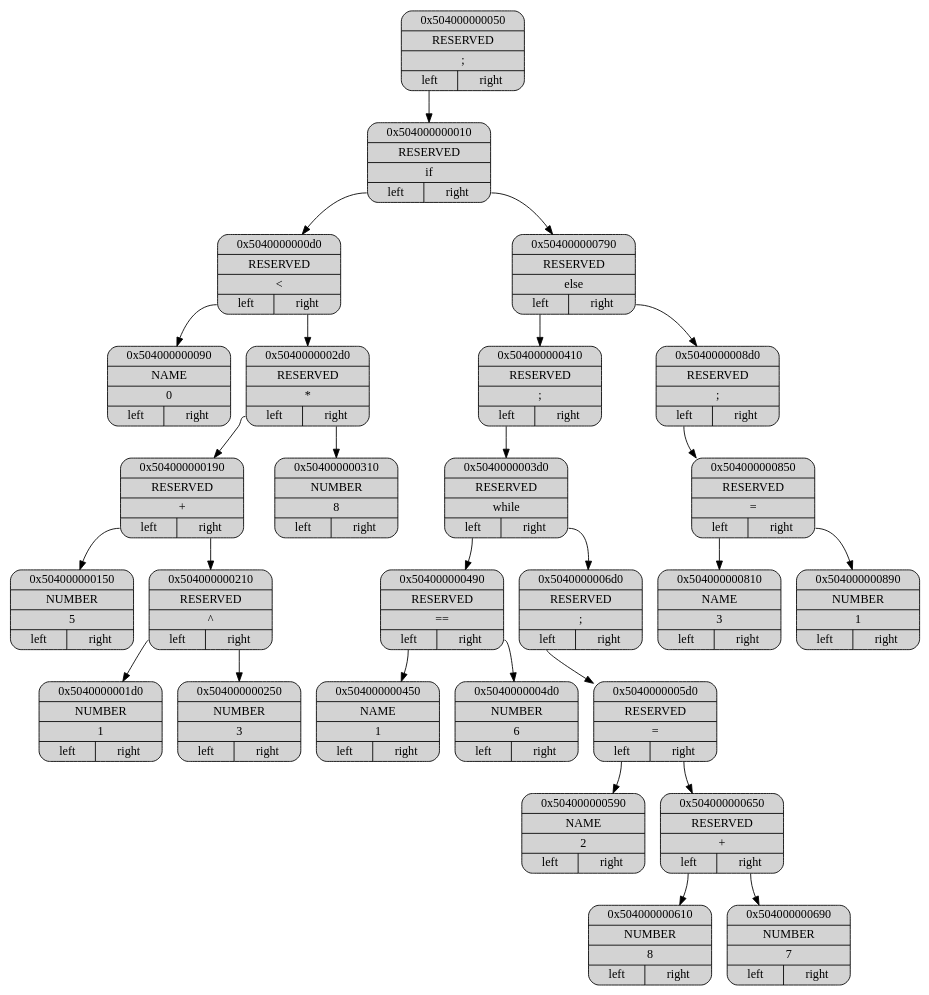
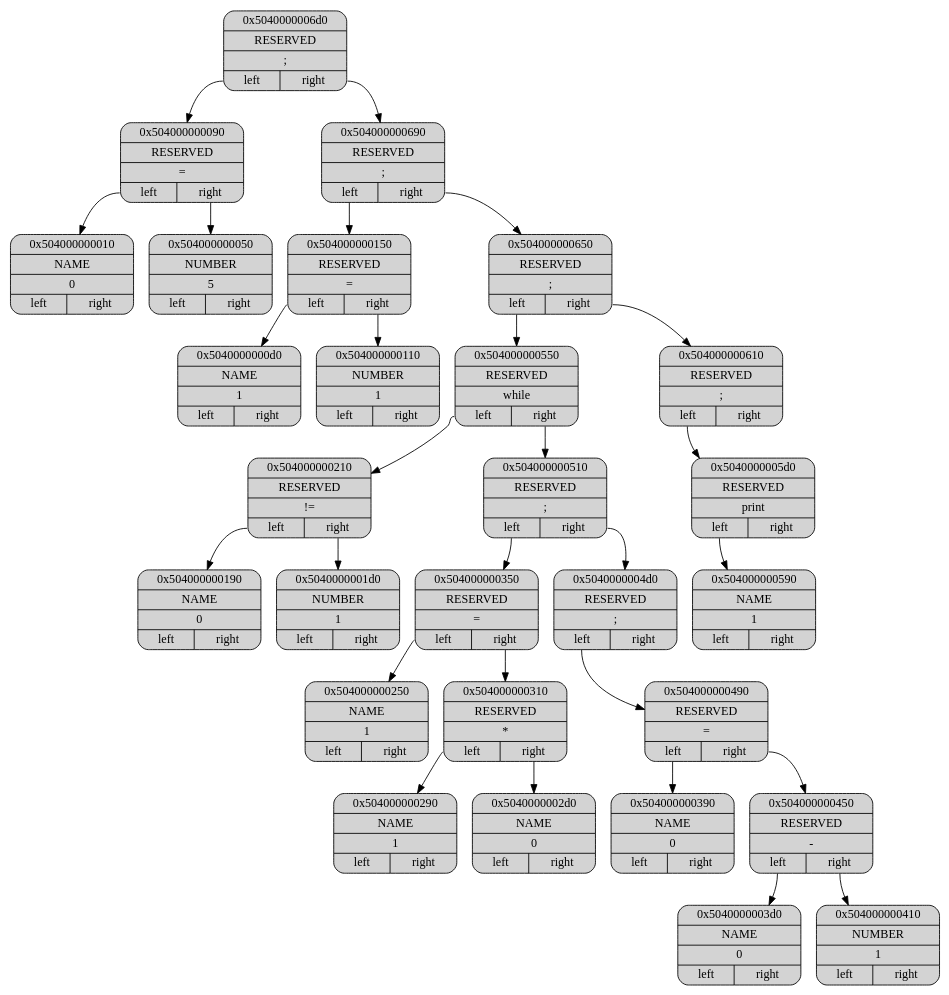
Before and after one commit to ashqqy/Language: the diagram in Dump/dump.dot, drawn with Graphviz. The commit also changed 21 other files, not shown here.

```diff
--- a/Dump/dump.dot
+++ b/Dump/dump.dot
@@ -1,59 +1,61 @@
 digraph G
 {
 node[shape="record", style="rounded, filled"];
 
-p0x504000000050[label = "{ <ptr> 0x504000000050 | <type> RESERVED | <data> \; | { <l>left|<r>right } }"];
-p0x504000000010[label = "{ <ptr> 0x504000000010 | <type> RESERVED | <data> \if | { <l>left|<r>right } }"];
-p0x5040000000d0[label = "{ <ptr> 0x5040000000d0 | <type> RESERVED | <data> \< | { <l>left|<r>right } }"];
-p0x504000000090[label = "{ <ptr> 0x504000000090 | <type> NAME | <data> 0 | { <l>left|<r>right } }"];
-p0x5040000002d0[label = "{ <ptr> 0x5040000002d0 | <type> RESERVED | <data> \* | { <l>left|<r>right } }"];
-p0x504000000190[label = "{ <ptr> 0x504000000190 | <type> RESERVED | <data> \+ | { <l>left|<r>right } }"];
-p0x504000000150[label = "{ <ptr> 0x504000000150 | <type> NUMBER | <data> 5 | { <l>left|<r>right } }"];
-p0x504000000210[label = "{ <ptr> 0x504000000210 | <type> RESERVED | <data> \^ | { <l>left|<r>right } }"];
+p0x5040000006d0[label = "{ <ptr> 0x5040000006d0 | <type> RESERVED | <data> \; | { <l>left|<r>right } }"];
+p0x504000000090[label = "{ <ptr> 0x504000000090 | <type> RESERVED | <data> \= | { <l>left|<r>right } }"];
+p0x504000000010[label = "{ <ptr> 0x504000000010 | <type> NAME | <data> 0 | { <l>left|<r>right } }"];
+p0x504000000050[label = "{ <ptr> 0x504000000050 | <type> NUMBER | <data> 5 | { <l>left|<r>right } }"];
+p0x504000000690[label = "{ <ptr> 0x504000000690 | <type> RESERVED | <data> \; | { <l>left|<r>right } }"];
+p0x504000000150[label = "{ <ptr> 0x504000000150 | <type> RESERVED | <data> \= | { <l>left|<r>right } }"];
+p0x5040000000d0[label = "{ <ptr> 0x5040000000d0 | <type> NAME | <data> 1 | { <l>left|<r>right } }"];
+p0x504000000110[label = "{ <ptr> 0x504000000110 | <type> NUMBER | <data> 1 | { <l>left|<r>right } }"];
+p0x504000000650[label = "{ <ptr> 0x504000000650 | <type> RESERVED | <data> \; | { <l>left|<r>right } }"];
+p0x504000000550[label = "{ <ptr> 0x504000000550 | <type> RESERVED | <data> \while | { <l>left|<r>right } }"];
+p0x504000000210[label = "{ <ptr> 0x504000000210 | <type> RESERVED | <data> \!= | { <l>left|<r>right } }"];
+p0x504000000190[label = "{ <ptr> 0x504000000190 | <type> NAME | <data> 0 | { <l>left|<r>right } }"];
 p0x5040000001d0[label = "{ <ptr> 0x5040000001d0 | <type> NUMBER | <data> 1 | { <l>left|<r>right } }"];
-p0x504000000250[label = "{ <ptr> 0x504000000250 | <type> NUMBER | <data> 3 | { <l>left|<r>right } }"];
-p0x504000000310[label = "{ <ptr> 0x504000000310 | <type> NUMBER | <data> 8 | { <l>left|<r>right } }"];
-p0x504000000790[label = "{ <ptr> 0x504000000790 | <type> RESERVED | <data> \else | { <l>left|<r>right } }"];
-p0x504000000410[label = "{ <ptr> 0x504000000410 | <type> RESERVED | <data> \; | { <l>left|<r>right } }"];
-p0x5040000003d0[label = "{ <ptr> 0x5040000003d0 | <type> RESERVED | <data> \while | { <l>left|<r>right } }"];
-p0x504000000490[label = "{ <ptr> 0x504000000490 | <type> RESERVED | <data> \== | { <l>left|<r>right } }"];
-p0x504000000450[label = "{ <ptr> 0x504000000450 | <type> NAME | <data> 1 | { <l>left|<r>right } }"];
-p0x5040000004d0[label = "{ <ptr> 0x5040000004d0 | <type> NUMBER | <data> 6 | { <l>left|<r>right } }"];
-p0x5040000006d0[label = "{ <ptr> 0x5040000006d0 | <type> RESERVED | <data> \; | { <l>left|<r>right } }"];
-p0x5040000005d0[label = "{ <ptr> 0x5040000005d0 | <type> RESERVED | <data> \= | { <l>left|<r>right } }"];
-p0x504000000590[label = "{ <ptr> 0x504000000590 | <type> NAME | <data> 2 | { <l>left|<r>right } }"];
-p0x504000000650[label = "{ <ptr> 0x504000000650 | <type> RESERVED | <data> \+ | { <l>left|<r>right } }"];
-p0x504000000610[label = "{ <ptr> 0x504000000610 | <type> NUMBER | <data> 8 | { <l>left|<r>right } }"];
-p0x504000000690[label = "{ <ptr> 0x504000000690 | <type> NUMBER | <data> 7 | { <l>left|<r>right } }"];
-p0x5040000008d0[label = "{ <ptr> 0x5040000008d0 | <type> RESERVED | <data> \; | { <l>left|<r>right } }"];
-p0x504000000850[label = "{ <ptr> 0x504000000850 | <type> RESERVED | <data> \= | { <l>left|<r>right } }"];
-p0x504000000810[label = "{ <ptr> 0x504000000810 | <type> NAME | <data> 3 | { <l>left|<r>right } }"];
-p0x504000000890[label = "{ <ptr> 0x504000000890 | <type> NUMBER | <data> 1 | { <l>left|<r>right } }"];
+p0x504000000510[label = "{ <ptr> 0x504000000510 | <type> RESERVED | <data> \; | { <l>left|<r>right } }"];
+p0x504000000350[label = "{ <ptr> 0x504000000350 | <type> RESERVED | <data> \= | { <l>left|<r>right } }"];
+p0x504000000250[label = "{ <ptr> 0x504000000250 | <type> NAME | <data> 1 | { <l>left|<r>right } }"];
+p0x504000000310[label = "{ <ptr> 0x504000000310 | <type> RESERVED | <data> \* | { <l>left|<r>right } }"];
+p0x504000000290[label = "{ <ptr> 0x504000000290 | <type> NAME | <data> 1 | { <l>left|<r>right } }"];
+p0x5040000002d0[label = "{ <ptr> 0x5040000002d0 | <type> NAME | <data> 0 | { <l>left|<r>right } }"];
+p0x5040000004d0[label = "{ <ptr> 0x5040000004d0 | <type> RESERVED | <data> \; | { <l>left|<r>right } }"];
+p0x504000000490[label = "{ <ptr> 0x504000000490 | <type> RESERVED | <data> \= | { <l>left|<r>right } }"];
+p0x504000000390[label = "{ <ptr> 0x504000000390 | <type> NAME | <data> 0 | { <l>left|<r>right } }"];
+p0x504000000450[label = "{ <ptr> 0x504000000450 | <type> RESERVED | <data> \- | { <l>left|<r>right } }"];
+p0x5040000003d0[label = "{ <ptr> 0x5040000003d0 | <type> NAME | <data> 0 | { <l>left|<r>right } }"];
+p0x504000000410[label = "{ <ptr> 0x504000000410 | <type> NUMBER | <data> 1 | { <l>left|<r>right } }"];
+p0x504000000610[label = "{ <ptr> 0x504000000610 | <type> RESERVED | <data> \; | { <l>left|<r>right } }"];
+p0x5040000005d0[label = "{ <ptr> 0x5040000005d0 | <type> RESERVED | <data> \print | { <l>left|<r>right } }"];
+p0x504000000590[label = "{ <ptr> 0x504000000590 | <type> NAME | <data> 1 | { <l>left|<r>right } }"];
 
-p0x504000000050:<l> -> p0x504000000010
-p0x504000000010:<l> -> p0x5040000000d0
-p0x5040000000d0:<l> -> p0x504000000090
-p0x5040000000d0:<r> -> p0x5040000002d0
-p0x5040000002d0:<l> -> p0x504000000190
-p0x504000000190:<l> -> p0x504000000150
-p0x504000000190:<r> -> p0x504000000210
-p0x504000000210:<l> -> p0x5040000001d0
-p0x504000000210:<r> -> p0x504000000250
-p0x5040000002d0:<r> -> p0x504000000310
-p0x504000000010:<r> -> p0x504000000790
-p0x504000000790:<l> -> p0x504000000410
-p0x504000000410:<l> -> p0x5040000003d0
-p0x5040000003d0:<l> -> p0x504000000490
-p0x504000000490:<l> -> p0x504000000450
-p0x504000000490:<r> -> p0x5040000004d0
-p0x5040000003d0:<r> -> p0x5040000006d0
-p0x5040000006d0:<l> -> p0x5040000005d0
+p0x5040000006d0:<l> -> p0x504000000090
+p0x504000000090:<l> -> p0x504000000010
+p0x504000000090:<r> -> p0x504000000050
+p0x5040000006d0:<r> -> p0x504000000690
+p0x504000000690:<l> -> p0x504000000150
+p0x504000000150:<l> -> p0x5040000000d0
+p0x504000000150:<r> -> p0x504000000110
+p0x504000000690:<r> -> p0x504000000650
+p0x504000000650:<l> -> p0x504000000550
+p0x504000000550:<l> -> p0x504000000210
+p0x504000000210:<l> -> p0x504000000190
+p0x504000000210:<r> -> p0x5040000001d0
+p0x504000000550:<r> -> p0x504000000510
+p0x504000000510:<l> -> p0x504000000350
+p0x504000000350:<l> -> p0x504000000250
+p0x504000000350:<r> -> p0x504000000310
+p0x504000000310:<l> -> p0x504000000290
+p0x504000000310:<r> -> p0x5040000002d0
+p0x504000000510:<r> -> p0x5040000004d0
+p0x5040000004d0:<l> -> p0x504000000490
+p0x504000000490:<l> -> p0x504000000390
+p0x504000000490:<r> -> p0x504000000450
+p0x504000000450:<l> -> p0x5040000003d0
+p0x504000000450:<r> -> p0x504000000410
+p0x504000000650:<r> -> p0x504000000610
+p0x504000000610:<l> -> p0x5040000005d0
 p0x5040000005d0:<l> -> p0x504000000590
-p0x5040000005d0:<r> -> p0x504000000650
-p0x504000000650:<l> -> p0x504000000610
-p0x504000000650:<r> -> p0x504000000690
-p0x504000000790:<r> -> p0x5040000008d0
-p0x5040000008d0:<l> -> p0x504000000850
-p0x504000000850:<l> -> p0x504000000810
-p0x504000000850:<r> -> p0x504000000890
 }
```
